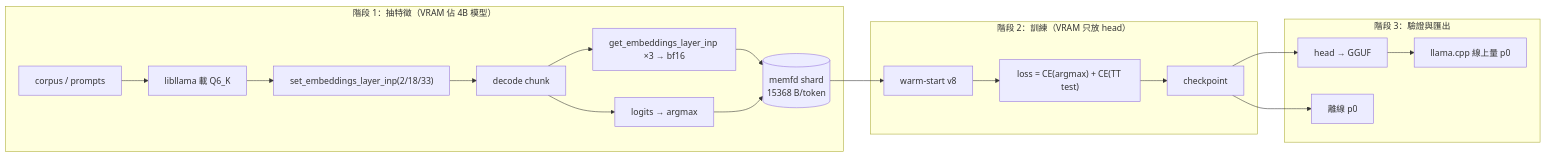
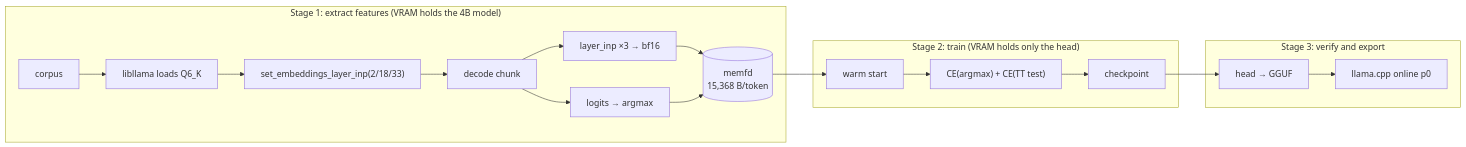
One commit to TiaoFeng/spark-eagle3-forge changed the diagram in AGENTS.md. Above: the diagram before and after it, drawn with Mermaid. The commit also changed other lines of this file and 5 other files, not shown here.

````diff
--- a/AGENTS.md
+++ b/AGENTS.md
@@ -202,22 +80,21 @@
 ```mermaid
 flowchart LR
-    subgraph P1["階段 1：抽特徵（VRAM 佔 4B 模型）"]
-        A[corpus / prompts] --> B[libllama 載 Q6_K]
+    subgraph P1["Stage 1: extract features (VRAM holds the 4B model)"]
+        A[corpus] --> B[libllama loads Q6_K]
         B --> C["set_embeddings_layer_inp(2/18/33)"]
         C --> D[decode chunk]
-        D --> E["get_embeddings_layer_inp ×3 → bf16"]
+        D --> E["layer_inp ×3 → bf16"]
         D --> F["logits → argmax"]
-        E --> G[(memfd shard<br/>15368 B/token)]
+        E --> G[(memfd<br/>15,368 B/token)]
         F --> G
     end
-    subgraph P2["階段 2：訓練（VRAM 只放 head）"]
-        G --> H[warm-start v8]
-        H --> I["loss = CE(argmax) + CE(TT test)"]
+    subgraph P2["Stage 2: train (VRAM holds only the head)"]
+        G --> H[warm start]
+        H --> I["CE(argmax) + CE(TT test)"]
         I --> J[checkpoint]
     end
-    subgraph P3["階段 3：驗證與匯出"]
+    subgraph P3["Stage 3: verify and export"]
         J --> K[head → GGUF]
-        K --> L["llama.cpp 線上量 p0"]
-        J --> M[離線 p0]
+        K --> L["llama.cpp online p0"]
     end
 ```
````
